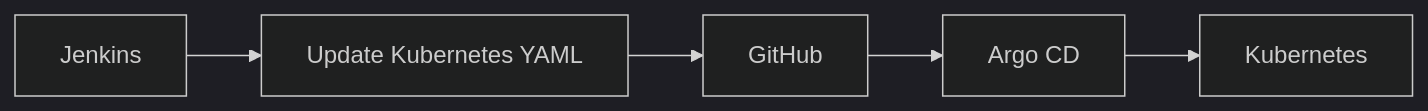
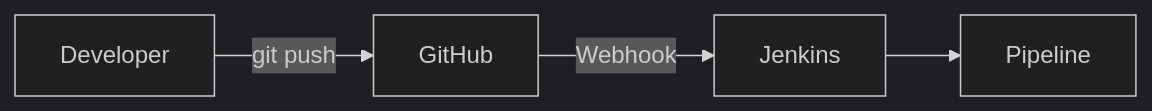
One commit to Yuvii2102/My-Devops-Cloud-Journey changed diagram 12 of 26 in DevOps-Labs-and-Projects/33-CI-CD-Interview-Prep/README.md. Above: the diagram before and after it, drawn with Mermaid (dark theme). The commit also changed other lines of this file, not shown here.

````diff
--- a/DevOps-Labs-and-Projects/33-CI-CD-Interview-Prep/README.md
+++ b/DevOps-Labs-and-Projects/33-CI-CD-Interview-Prep/README.md
@@ -399,7 +393,6 @@
 ```mermaid
 flowchart LR
-    A[Jenkins] --> B[Update Kubernetes YAML]
-    B --> C[GitHub]
-    C --> D[Argo CD]
-    D --> E[Kubernetes]
+    A["Developer"] -->|"git push"| B["GitHub"]
+    B -->|"Webhook"| C["Jenkins"]
+    C --> D["Pipeline"]
 ```
````
